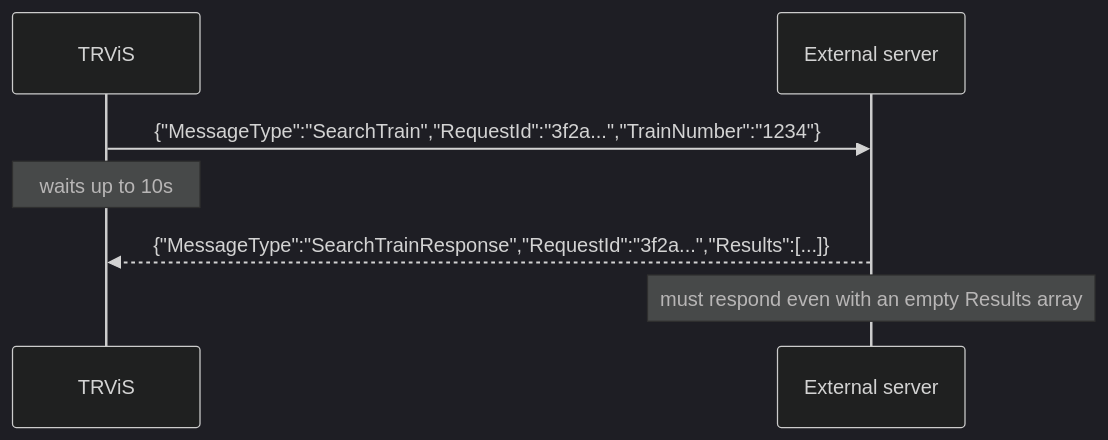
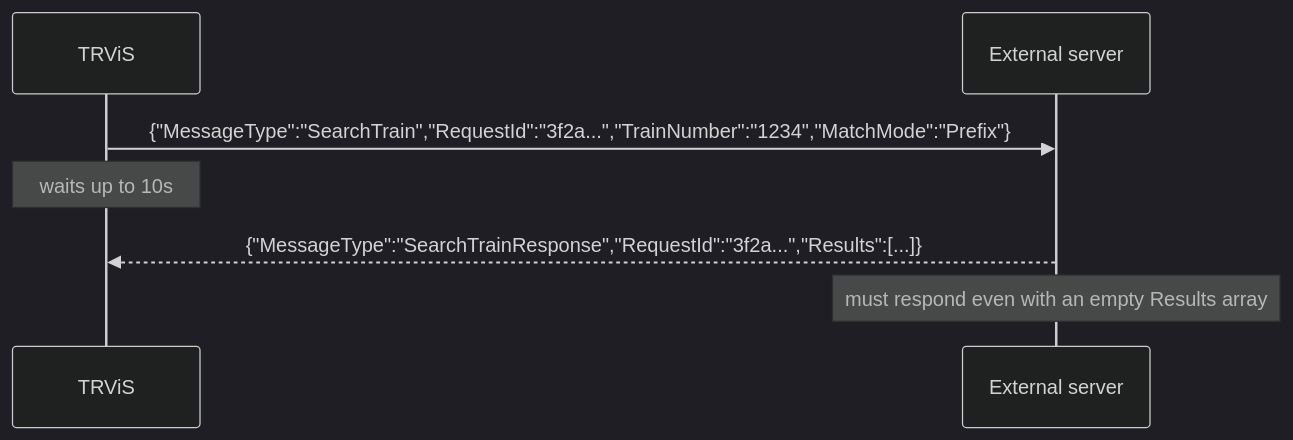
The third of 4 diagrams in docs/network-sync-service/en/client-to-server-messages.md (TetsuOtter/TRViS), drawn with Mermaid (dark theme) before and after one commit. The commit also changed other lines of this file and 29 other files, not shown here.

First line of the commit message:
test(ui): harden train search ci coverage

````diff
--- a/docs/network-sync-service/en/client-to-server-messages.md
+++ b/docs/network-sync-service/en/client-to-server-messages.md
@@ -188,9 +192,9 @@
 ```mermaid
 sequenceDiagram
     participant C as TRViS
     participant S as External server
-    C->>S: {"MessageType":"SearchTrain","RequestId":"3f2a...","TrainNumber":"1234"}
+    C->>S: {"MessageType":"SearchTrain","RequestId":"3f2a...","TrainNumber":"1234","MatchMode":"Prefix"}
     Note over C: waits up to 10s
     S-->>C: {"MessageType":"SearchTrainResponse","RequestId":"3f2a...","Results":[...]}
     Note over S: must respond even with an empty Results array
 ```
````
